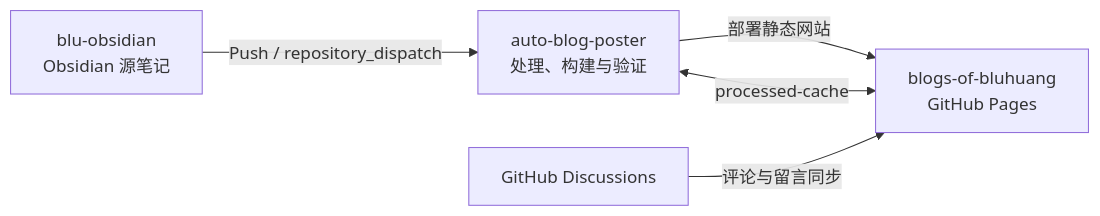
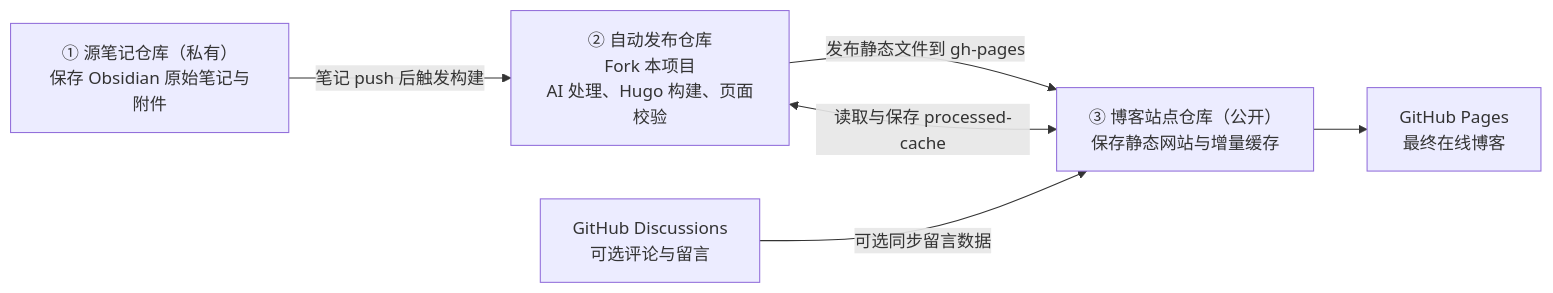
The diagram in README.md (bluhuang/auto-blog-poster), drawn with Mermaid before and after one commit. The commit also changed other lines of this file, not shown here.

Commit message:
Rewrite architecture and setup guide

````diff
--- a/README.md
+++ b/README.md
@@ -66,7 +66,14 @@
 ```mermaid
 flowchart LR
-    A["blu-obsidian<br/>Obsidian 源笔记"] -->|Push / repository_dispatch| B["auto-blog-poster<br/>处理、构建与验证"]
-    B -->|部署静态网站| C["blogs-of-bluhuang<br/>GitHub Pages"]
-    B <-->|processed-cache| C
-    D["GitHub Discussions"] -->|评论与留言同步| C
+    A["① 源笔记仓库（私有）<br/>保存 Obsidian 原始笔记与附件"]
+    B["② 自动发布仓库<br/>Fork 本项目<br/>AI 处理、Hugo 构建、页面校验"]
+    C["③ 博客站点仓库（公开）<br/>保存静态网站与增量缓存"]
+    D["GitHub Pages<br/>最终在线博客"]
+    E["GitHub Discussions<br/>可选评论与留言"]
+
+    A -->|笔记 push 后触发构建| B
+    B -->|发布静态文件到 gh-pages| C
+    B <-->|读取与保存 processed-cache| C
+    C --> D
+    E -->|可选同步留言数据| C
 ```
````
